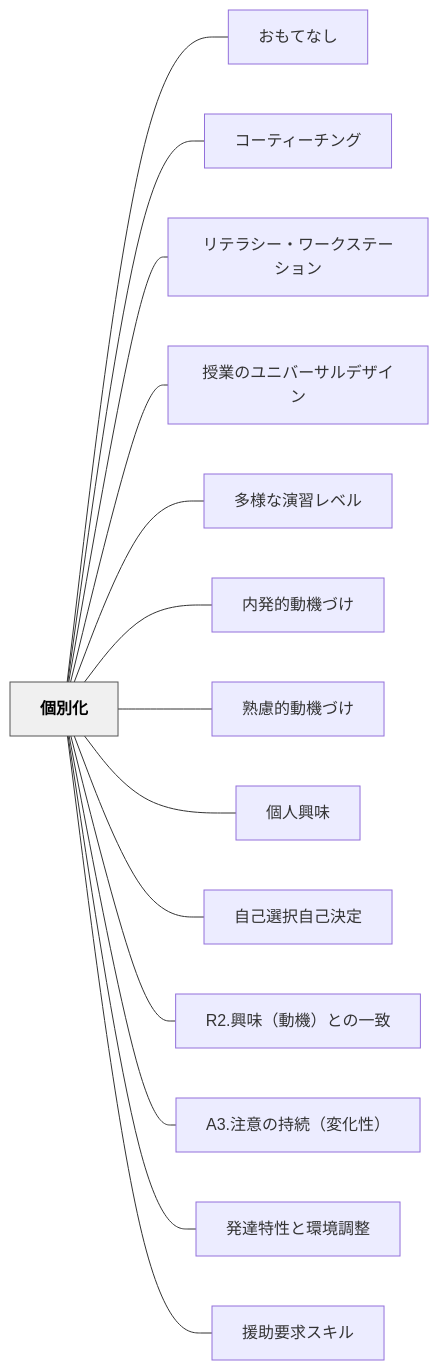
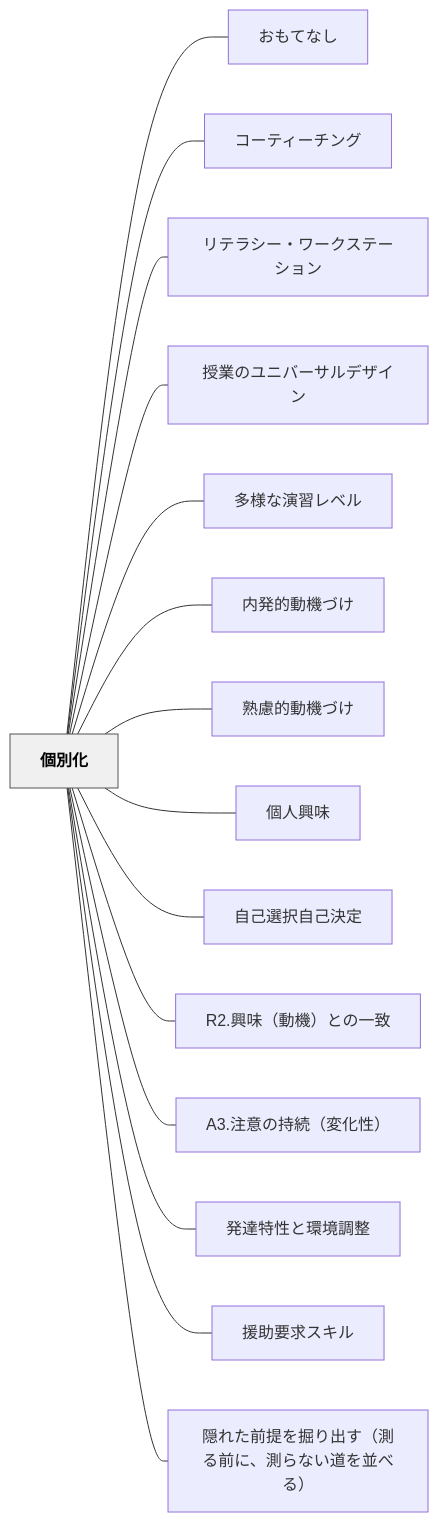
One commit to unknownthings-ed-patterns/unknownthings-ed-patterns changed the diagram in content/パタン/個別化.md. Above: the diagram before and after it, drawn with Mermaid. The commit also changed other lines of this file and 11 other files, not shown here.

````diff
--- a/content/パタン/個別化.md
+++ b/content/パタン/個別化.md
@@ -55,34 +55,36 @@
 ```mermaid
 flowchart LR
     ne5808be588a5e58c96["個別化"]
     ne3818ae38282e381a6e381aae38197["おもてなし"]
     ne382b3e383bce38386e382a3e383bce38381e383b3e382b0["コーティーチング"]
     ne383aae38386e383a9e382b7e383bce383bbe383afe383bce382afe382b9e38386e383bce382b7e383a7e383b3["リテラシー・ワークステーション"]
     ne68e88e6a5ade381aee383a6e3838be38390e383bce382b5e383abe38387e382b6e382a4e383b3["授業のユニバーサルデザイン"]
     ne5a49ae6a798e381aae6bc94e7bf92e383ace38399e383ab["多様な演習レベル"]
     ne58685e799bae79a84e58b95e6a99fe381a5e38191["内発的動機づけ"]
     ne7869fe685aee79a84e58b95e6a99fe381a5e38191["熟慮的動機づけ"]
     ne5808be4babae88888e591b3["個人興味"]
     ne887aae5b7b1e981b8e68a9ee887aae5b7b1e6b1bae5ae9a["自己選択自己決定"]
     n52322ee88888e591b3efbc88e58b95e6a99fefbc89e381a8e381aee4b880e887b4["R2.興味（動機）との一致"]
     n41332ee6b3a8e6848fe381aee68c81e7b69aefbc88e5a489e58c96e680a7efbc89["A3.注意の持続（変化性）"]
     ne799bae98194e789b9e680a7e381a8e792b0e5a283e8aabfe695b4["発達特性と環境調整"]
     ne68fb4e58aa9e8a681e6b182e382b9e382ade383ab["援助要求スキル"]
+    ne99aa0e3828ce3819fe5898de68f90e38292e68e98e3828ae587bae38199efbc88e6b8ace3828be5898de381abe38081e6b8ace38289e381aae38184e98193e38292e4b8a6e381b9e3828befbc89["隠れた前提を掘り出す（測る前に、測らない道を並べる）"]
 
     ne5808be588a5e58c96 --- ne3818ae38282e381a6e381aae38197
     ne5808be588a5e58c96 --- ne382b3e383bce38386e382a3e383bce38381e383b3e382b0
     ne5808be588a5e58c96 --- ne383aae38386e383a9e382b7e383bce383bbe383afe383bce382afe382b9e38386e383bce382b7e383a7e383b3
     ne5808be588a5e58c96 --- ne68e88e6a5ade381aee383a6e3838be38390e383bce382b5e383abe38387e382b6e382a4e383b3
     ne5808be588a5e58c96 --- ne5a49ae6a798e381aae6bc94e7bf92e383ace38399e383ab
     ne5808be588a5e58c96 --- ne58685e799bae79a84e58b95e6a99fe381a5e38191
     ne5808be588a5e58c96 --- ne7869fe685aee79a84e58b95e6a99fe381a5e38191
     ne5808be588a5e58c96 --- ne5808be4babae88888e591b3
     ne5808be588a5e58c96 --- ne887aae5b7b1e981b8e68a9ee887aae5b7b1e6b1bae5ae9a
     ne5808be588a5e58c96 --- n52322ee88888e591b3efbc88e58b95e6a99fefbc89e381a8e381aee4b880e887b4
     ne5808be588a5e58c96 --- n41332ee6b3a8e6848fe381aee68c81e7b69aefbc88e5a489e58c96e680a7efbc89
     ne5808be588a5e58c96 --- ne799bae98194e789b9e680a7e381a8e792b0e5a283e8aabfe695b4
     ne5808be588a5e58c96 --- ne68fb4e58aa9e8a681e6b182e382b9e382ade383ab
+    ne5808be588a5e58c96 --- ne99aa0e3828ce3819fe5898de68f90e38292e68e98e3828ae587bae38199efbc88e6b8ace3828be5898de381abe38081e6b8ace38289e381aae38184e98193e38292e4b8a6e381b9e3828befbc89
 
     classDef hub fill:#f0f0f0,stroke:#555,color:#000,font-weight:bold
     class ne5808be588a5e58c96 hub
 ```
````
